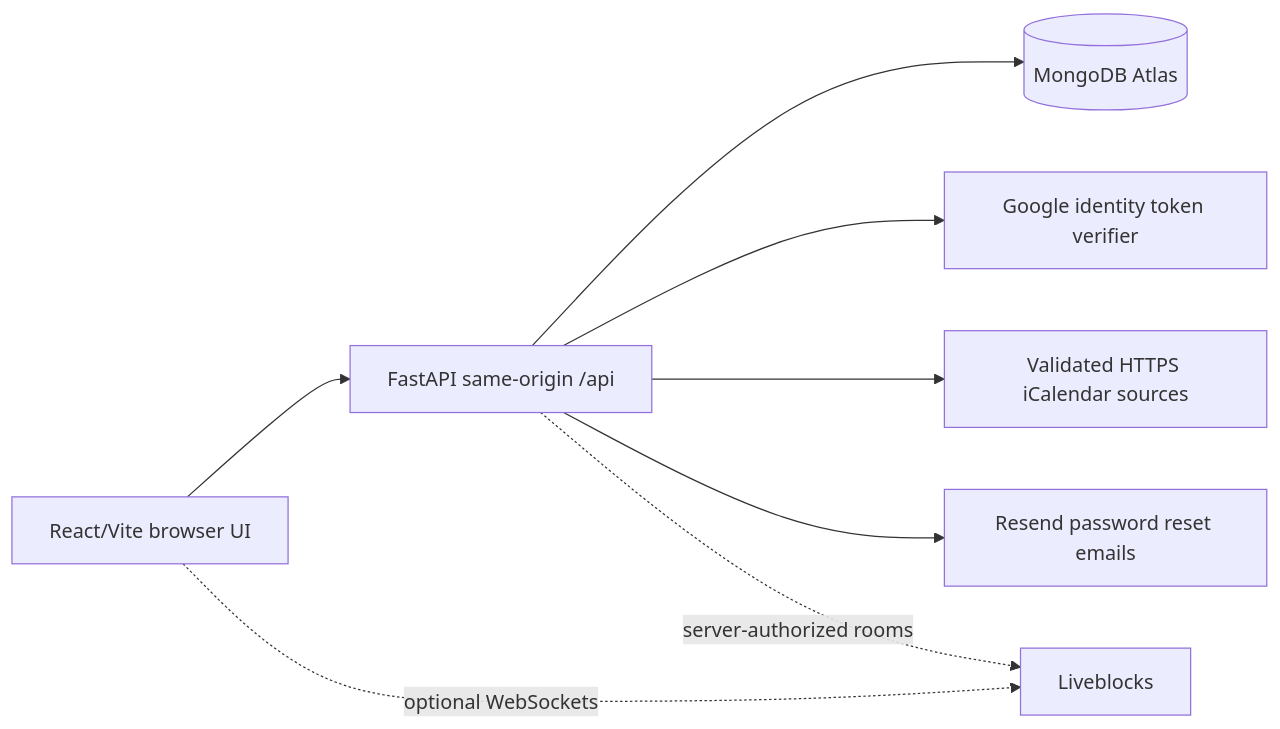
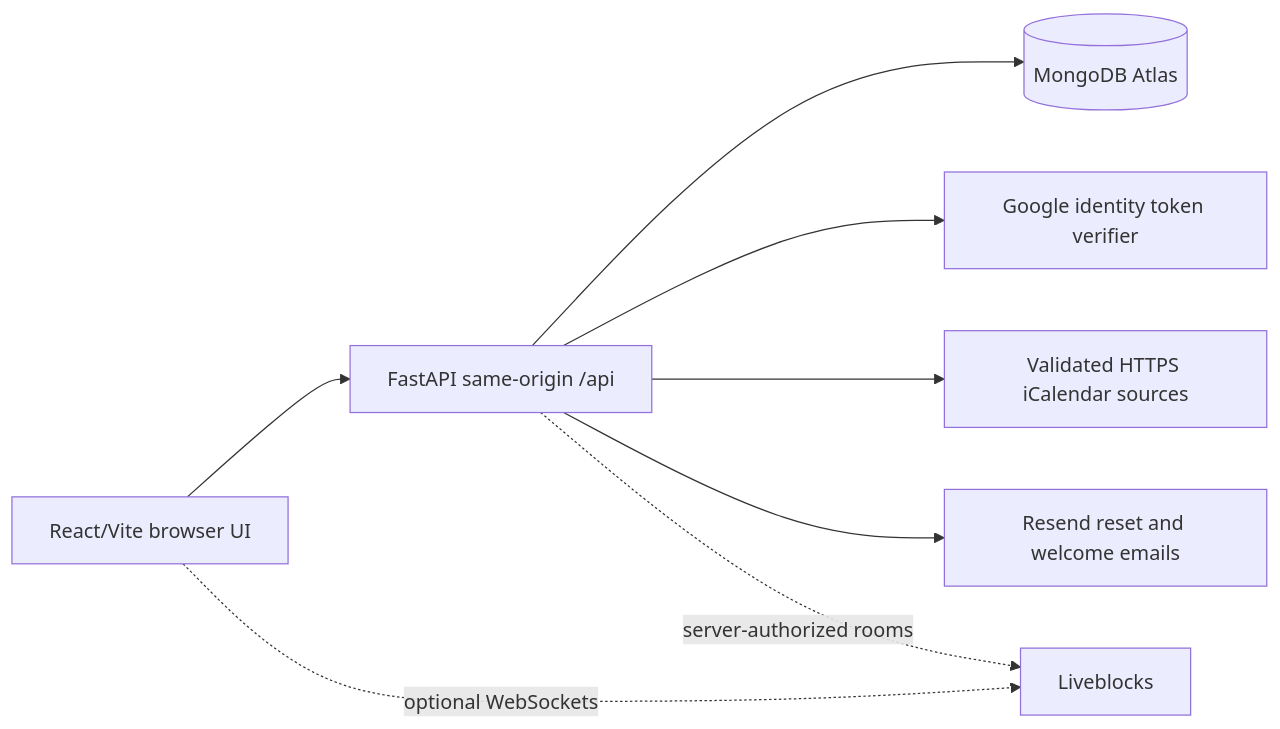
One commit to KibouAkari/LifeOrbit changed the diagram in docs/ARCHITECTURE.md. Above: the diagram before and after it, drawn with Mermaid. The commit also changed other lines of this file and 9 other files, not shown here.

Commit message:
docs: describe branded welcome email and update merged production feature status

````diff
--- a/docs/ARCHITECTURE.md
+++ b/docs/ARCHITECTURE.md
@@ -5,10 +5,10 @@
 ```mermaid
 flowchart LR
   Browser[React/Vite browser UI] --> API[FastAPI same-origin /api]
   API --> DB[(MongoDB Atlas)]
   API --> Google[Google identity token verifier]
   API --> Feeds[Validated HTTPS iCalendar sources]
-  API --> Email[Resend password reset emails]
+  API --> Email[Resend reset and welcome emails]
   Browser -. optional WebSockets .-> LB[Liveblocks]
   API -. server-authorized rooms .-> LB
 ```
````
